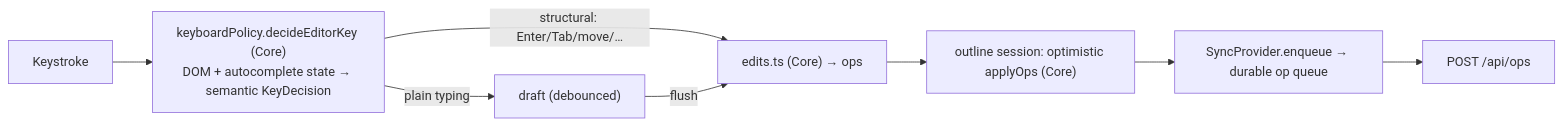
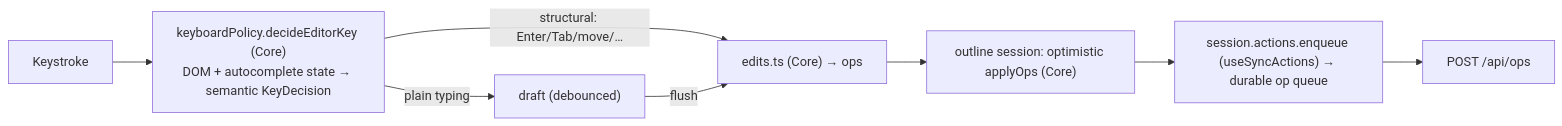
The diagram in docs/architecture/frontend-editor.md (ArthurClune/pkm-system), drawn with Mermaid before and after one commit. The commit also changed other lines of this file, not shown here.

````diff
--- a/docs/architecture/frontend-editor.md
+++ b/docs/architecture/frontend-editor.md
@@ -164,10 +164,10 @@
 ```mermaid
 flowchart LR
     K[Keystroke] --> KP["keyboardPolicy.decideEditorKey (Core)<br/>DOM + autocomplete state → semantic KeyDecision"]
     KP -->|structural: Enter/Tab/move/…| OPS["edits.ts (Core) → ops"]
     KP -->|plain typing| D["draft (debounced)"]
     D -->|flush| OPS
     OPS --> S["outline session: optimistic applyOps (Core)"]
-    S --> Q["SyncProvider.enqueue → durable op queue"]
+    S --> Q["session.actions.enqueue (useSyncActions) → durable op queue"]
     Q --> API["POST /api/ops"]
 ```
````
